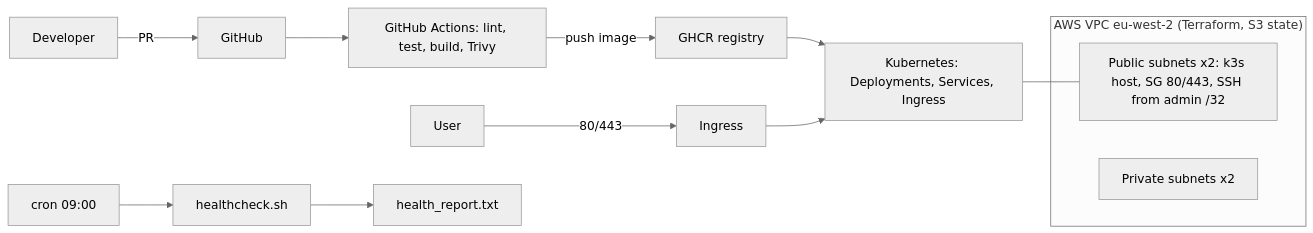
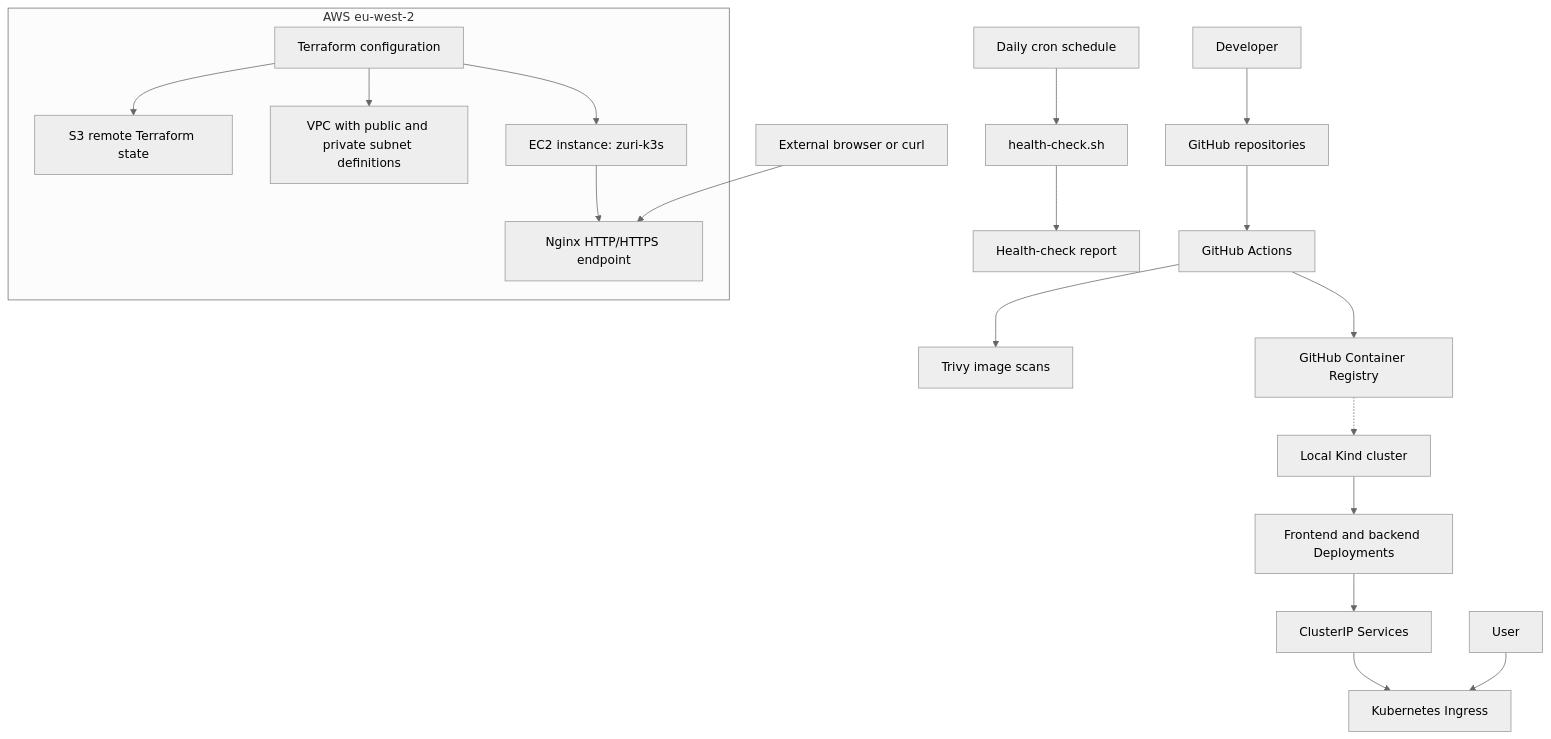
One commit to Rike12/zuri-platform changed the diagram in docs/architecture.md. Above: the diagram before and after it, drawn with Mermaid (neutral theme). The commit also changed other lines of this file, not shown here.

Commit message:
Improve architecture documentation

````diff
--- a/docs/architecture.md
+++ b/docs/architecture.md
@@ -3,14 +12,29 @@
 ```mermaid
-flowchart LR
-  Dev[Developer] -->|PR| GH[GitHub]
-  GH --> CI[GitHub Actions: lint, test, build, Trivy]
-  CI -->|push image| GHCR[GHCR registry]
-  GHCR --> K8s[Kubernetes: Deployments, Services, Ingress]
-  User[User] -->|80/443| Ingress[Ingress] --> K8s
-  subgraph AWS["AWS VPC eu-west-2 (Terraform, S3 state)"]
-    Pub[Public subnets x2: k3s host, SG 80/443, SSH from admin /32]
-    Priv[Private subnets x2]
-  end
-  K8s --- Pub
-  Cron[cron 09:00] --> HC[healthcheck.sh] --> Report[health_report.txt]
+flowchart TD
+    Dev[Developer] --> GH[GitHub repositories]
+    GH --> CI[GitHub Actions]
+    CI --> Scan[Trivy image scans]
+    CI --> GHCR[GitHub Container Registry]
+
+    GHCR -.-> Local[Local Kind cluster]
+    Local --> Deploy[Frontend and backend Deployments]
+    Deploy --> Services[ClusterIP Services]
+    Services --> Ingress[Kubernetes Ingress]
+    User[User] --> Ingress
+
+    subgraph AWS["AWS eu-west-2"]
+        TF[Terraform configuration]
+        S3[S3 remote Terraform state]
+        VPC[VPC with public and private subnet definitions]
+        EC2[EC2 instance: zuri-k3s]
+        Nginx[Nginx HTTP/HTTPS endpoint]
+        TF --> VPC
+        TF --> EC2
+        TF --> S3
+        EC2 --> Nginx
+    end
+
+    Browser[External browser or curl] --> Nginx
+    Cron[Daily cron schedule] --> HC[health-check.sh]
+    HC --> Report[Health-check report]
 ```
````
